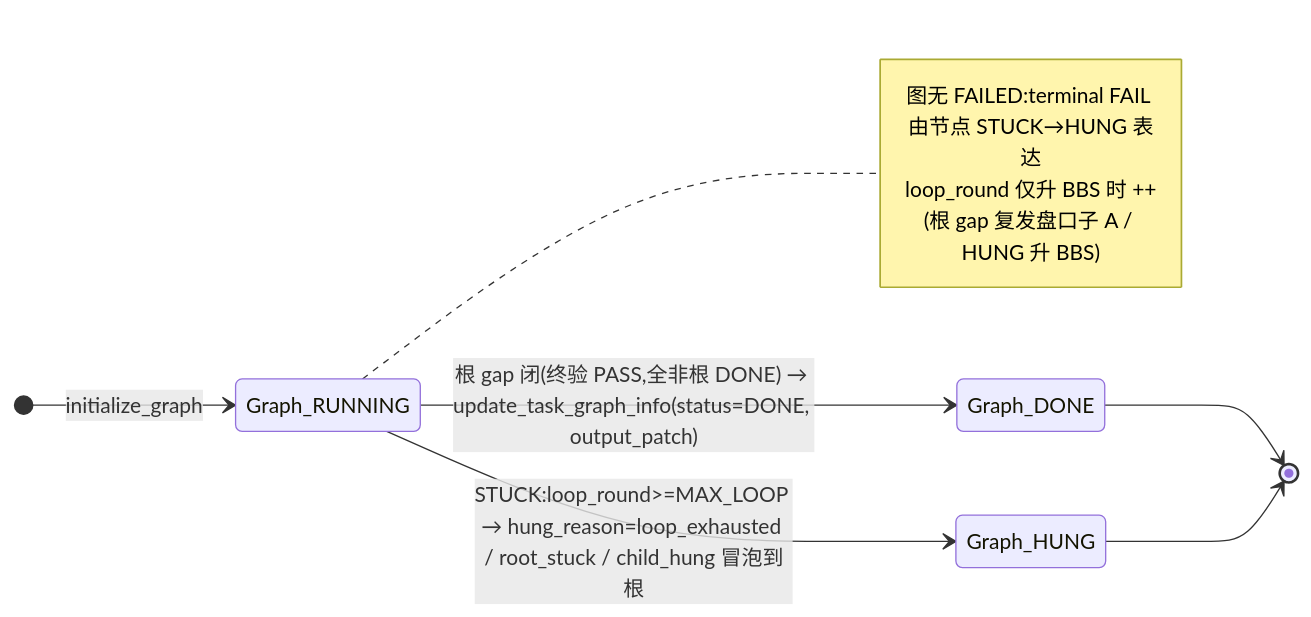
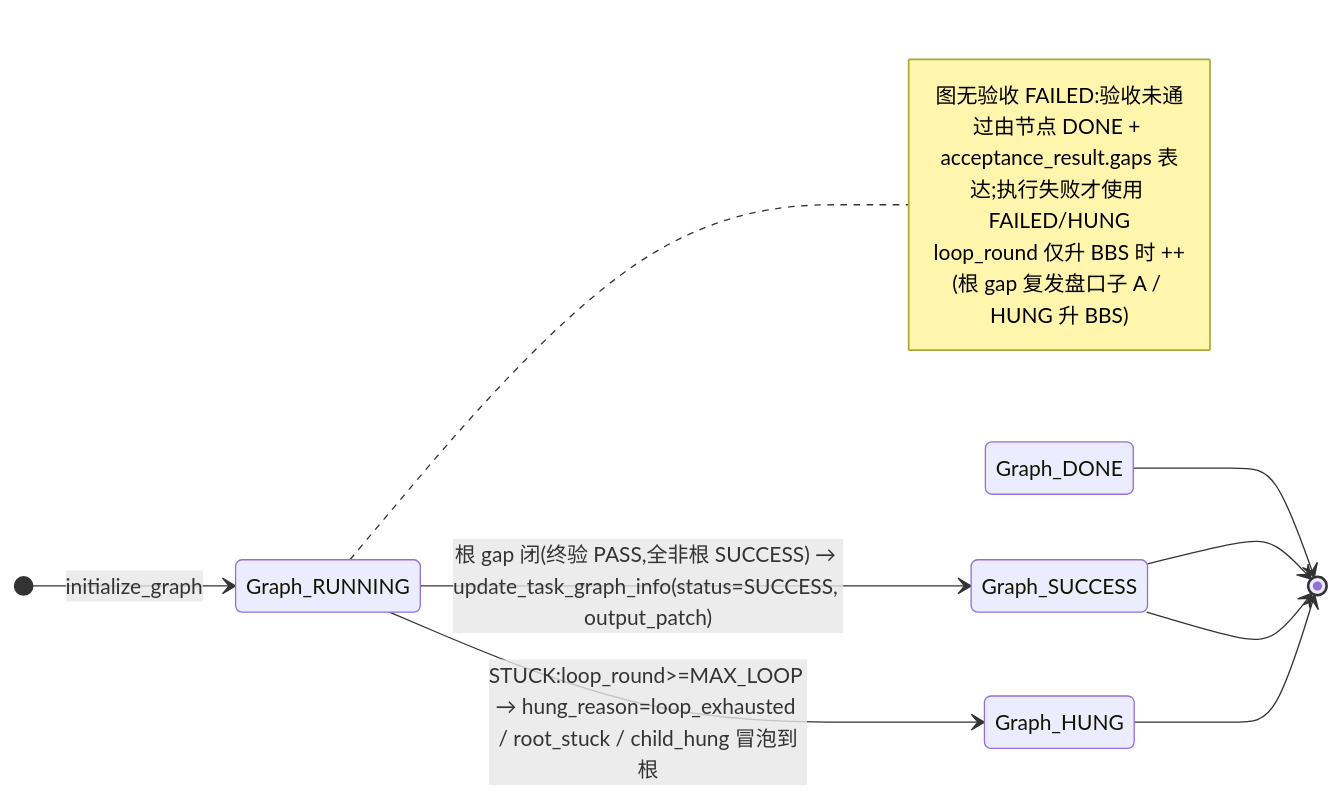
One commit to inclusionAI/Avernet changed the second of 2 diagrams in src/backend/src/agentclaw/community/core/task/README.md. Above: the diagram before and after it, drawn with Mermaid. The commit also changed other lines of this file and 33 other files, not shown here.

Commit message:
fix(task): distinguish execution completion from acceptance success

````diff
--- a/src/backend/src/agentclaw/community/core/task/README.md
+++ b/src/backend/src/agentclaw/community/core/task/README.md
@@ -116,13 +118,15 @@
 ```mermaid
 stateDiagram-v2
     direction LR
     [*] --> Graph_RUNNING : initialize_graph
-    Graph_RUNNING --> Graph_DONE : 根 gap 闭(终验 PASS,全非根 DONE) → update_task_graph_info(status=DONE, output_patch)
+    Graph_RUNNING --> Graph_SUCCESS : 根 gap 闭(终验 PASS,全非根 SUCCESS) → update_task_graph_info(status=SUCCESS, output_patch)
     Graph_RUNNING --> Graph_HUNG : STUCK:loop_round>=MAX_LOOP → hung_reason=loop_exhausted / root_stuck / child_hung 冒泡到根
     Graph_DONE --> [*]
+    Graph_SUCCESS --> [*]
+    Graph_SUCCESS --> [*]
     Graph_HUNG --> [*]
     note right of Graph_RUNNING
-        图无 FAILED:terminal FAIL 由节点 STUCK→HUNG 表达
+        图无验收 FAILED:验收未通过由节点 DONE + acceptance_result.gaps 表达;执行失败才使用 FAILED/HUNG
         loop_round 仅升 BBS 时 ++(根 gap 复发盘口子 A / HUNG 升 BBS)
     end note
 ```
````
